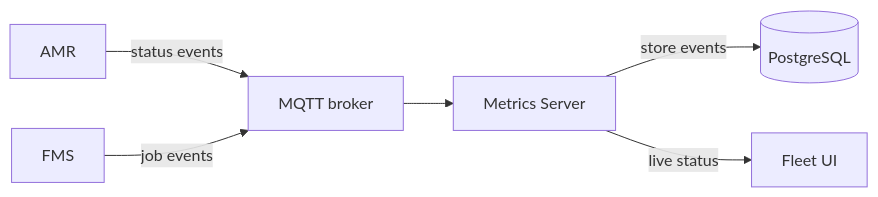
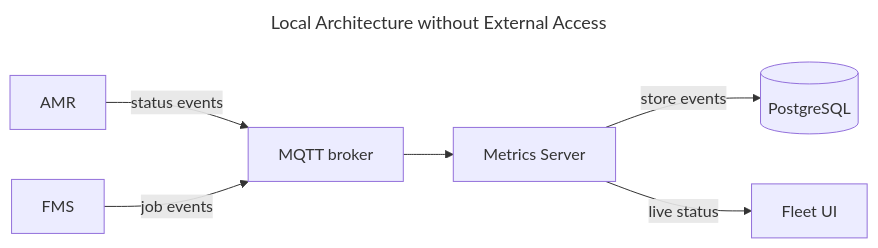
The first of 3 diagrams in architecture.md (hamkuu/robot-fleet-system), drawn with Mermaid before and after one commit. The commit also changed other lines of this file, not shown here.

````diff
--- a/architecture.md
+++ b/architecture.md
@@ -30,8 +35,11 @@
 ```mermaid
+---
+title: Local Architecture without External Access
+---
 flowchart LR
     AMR -->|status events| Broker[MQTT broker]
     Fleet[FMS] -->|job events| Broker
     Broker --> Metrics[Metrics Server]
     Metrics -->|store events| DB[(PostgreSQL)]
     Metrics -->|live status| UI[Fleet UI]
 ```
````
